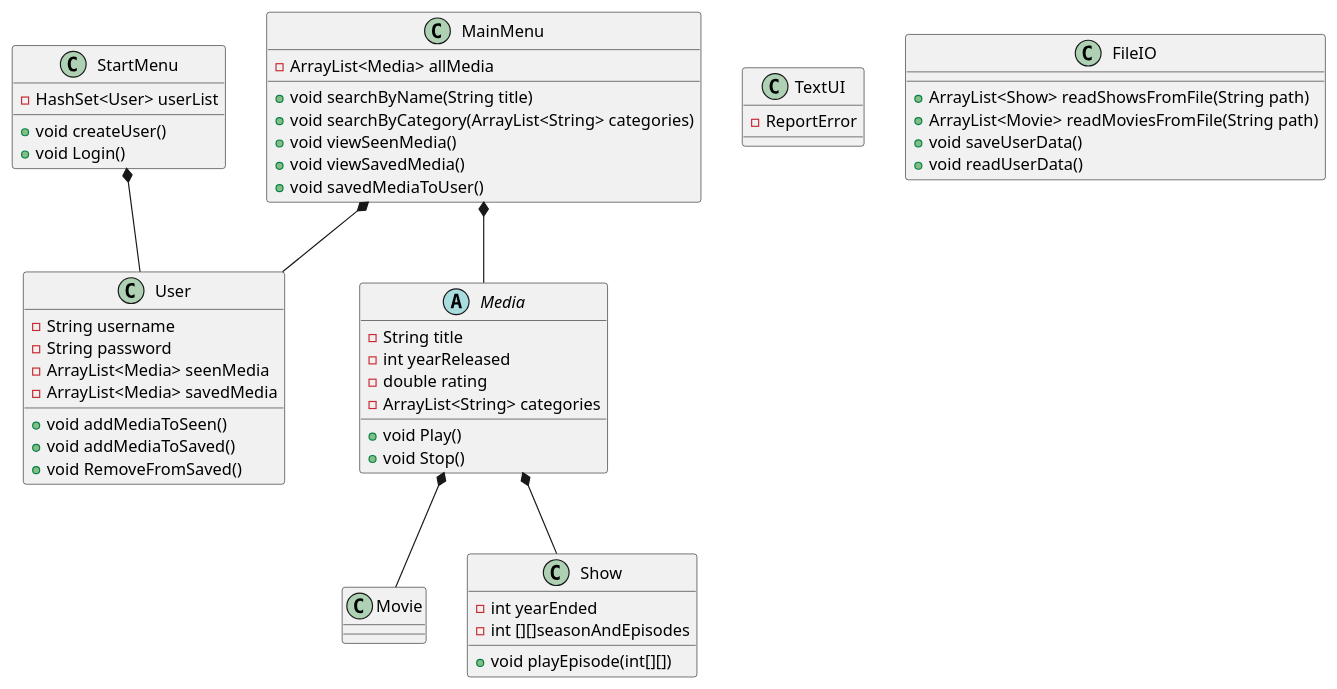
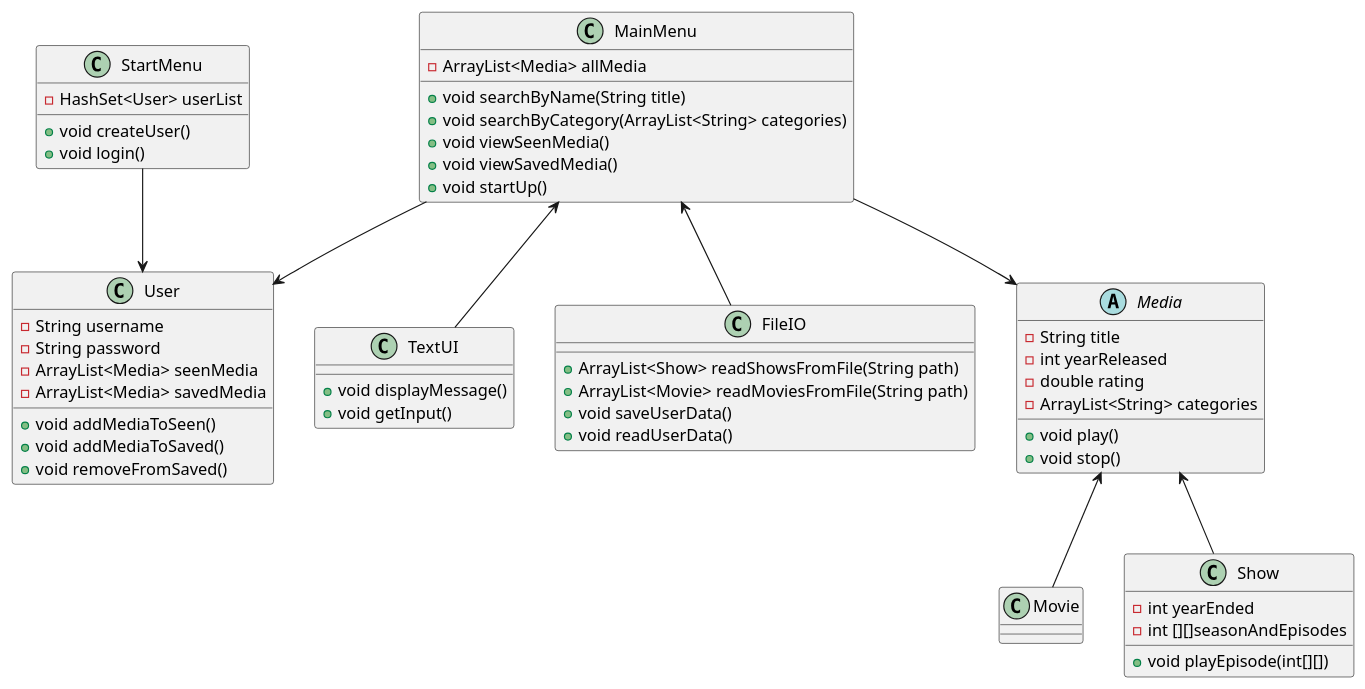
The diagram in .idea/classdiagramv1.0.puml (LukasRonberg/SP3), drawn with PlantUML before and after one commit. The commit also changed 1 other file, not shown here.

Commit message:
Lavede metoderne til MainMenu klassen

```diff
--- a/.idea/classdiagramv1.0.puml
+++ b/.idea/classdiagramv1.0.puml
@@ -1,60 +1,63 @@
 @startuml
 'https://plantuml.com/class-diagram
 
 Class StartMenu
 StartMenu : - HashSet<User> userList
 
 StartMenu : + void createUser()
-StartMenu : + void Login()
+StartMenu : + void login()
 
 Class MainMenu
 MainMenu : - ArrayList<Media> allMedia
 MainMenu : + void searchByName(String title)
 MainMenu : + void searchByCategory(ArrayList<String> categories)
 MainMenu : + void viewSeenMedia()
 MainMenu : + void viewSavedMedia()
-MainMenu : + void savedMediaToUser()
+MainMenu : + void startUp()
 
 Class Movie
 Class Show
 Show : - int yearEnded
 Show : - int [][]seasonAndEpisodes
 Show : + void playEpisode(int[][])
 
 Class TextUI
-TextUI : - ReportError
+TextUI : + void displayMessage()
+TextUI : + void getInput()
 
 Class FileIO
 FileIO : + ArrayList<Show> readShowsFromFile(String path)
 FileIO : + ArrayList<Movie> readMoviesFromFile(String path)
 FileIO : + void saveUserData()
 FileIO : + void readUserData()
 
 abstract Media
 Media : - String title
 Media : - int yearReleased
 Media : - double rating
 Media : - ArrayList<String> categories
-Media : + void Play()
-Media : + void Stop()
+Media : + void play()
+Media : + void stop()
 
 class User
 User : - String username
 User : - String password
 User : - ArrayList<Media> seenMedia
 User : - ArrayList<Media> savedMedia
 
 User : + void addMediaToSeen()
 User : + void addMediaToSaved()
-User : + void RemoveFromSaved()
+User : + void removeFromSaved()
 
-StartMenu *-- User
-MainMenu *-- User
+StartMenu --> User
+MainMenu --> User
+MainMenu --> Media
 
-MainMenu *-- Media
+Media <-- Movie
+Media <-- Show
 
-Media *-- Movie
-Media *-- Show
+MainMenu <-- TextUI
+MainMenu <-- FileIO
 
 
 @enduml
```
